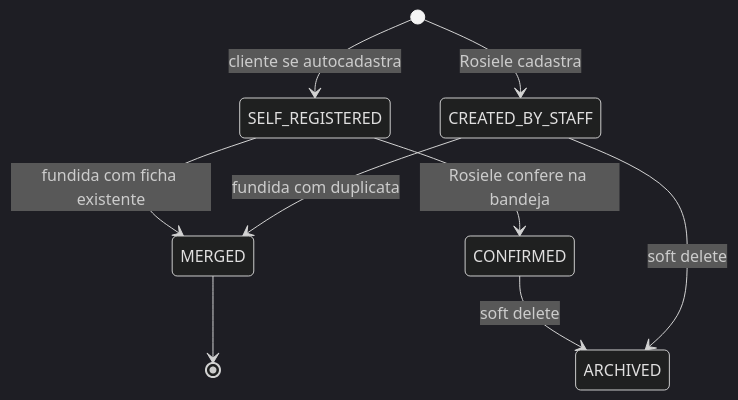
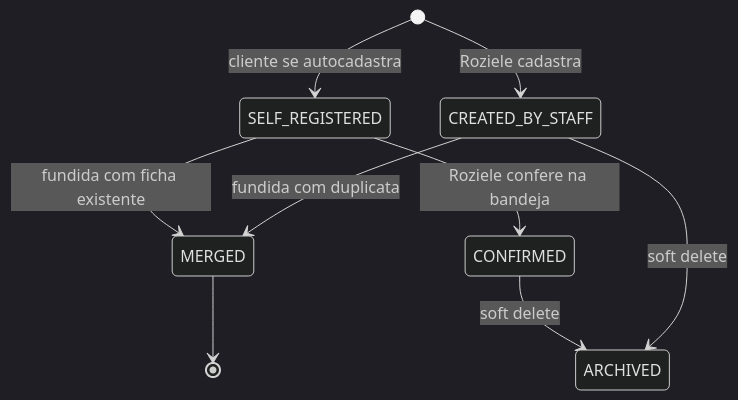
One commit to alanaraujo-bit/RoHair changed the tenth of 11 diagrams in docs/07-FLUXOS.md. Above: the diagram before and after it, drawn with Mermaid (dark theme). The commit also changed other lines of this file and 52 other files, not shown here.

````diff
--- a/docs/07-FLUXOS.md
+++ b/docs/07-FLUXOS.md
@@ -274,11 +274,11 @@
 ```mermaid
 stateDiagram-v2
-    [*] --> CREATED_BY_STAFF: Rosiele cadastra
+    [*] --> CREATED_BY_STAFF: Roziele cadastra
     [*] --> SELF_REGISTERED: cliente se autocadastra
-    SELF_REGISTERED --> CONFIRMED: Rosiele confere na bandeja
+    SELF_REGISTERED --> CONFIRMED: Roziele confere na bandeja
     SELF_REGISTERED --> MERGED: fundida com ficha existente
     CREATED_BY_STAFF --> MERGED: fundida com duplicata
     MERGED --> [*]
     CONFIRMED --> ARCHIVED: soft delete
     CREATED_BY_STAFF --> ARCHIVED: soft delete
 ```
````
